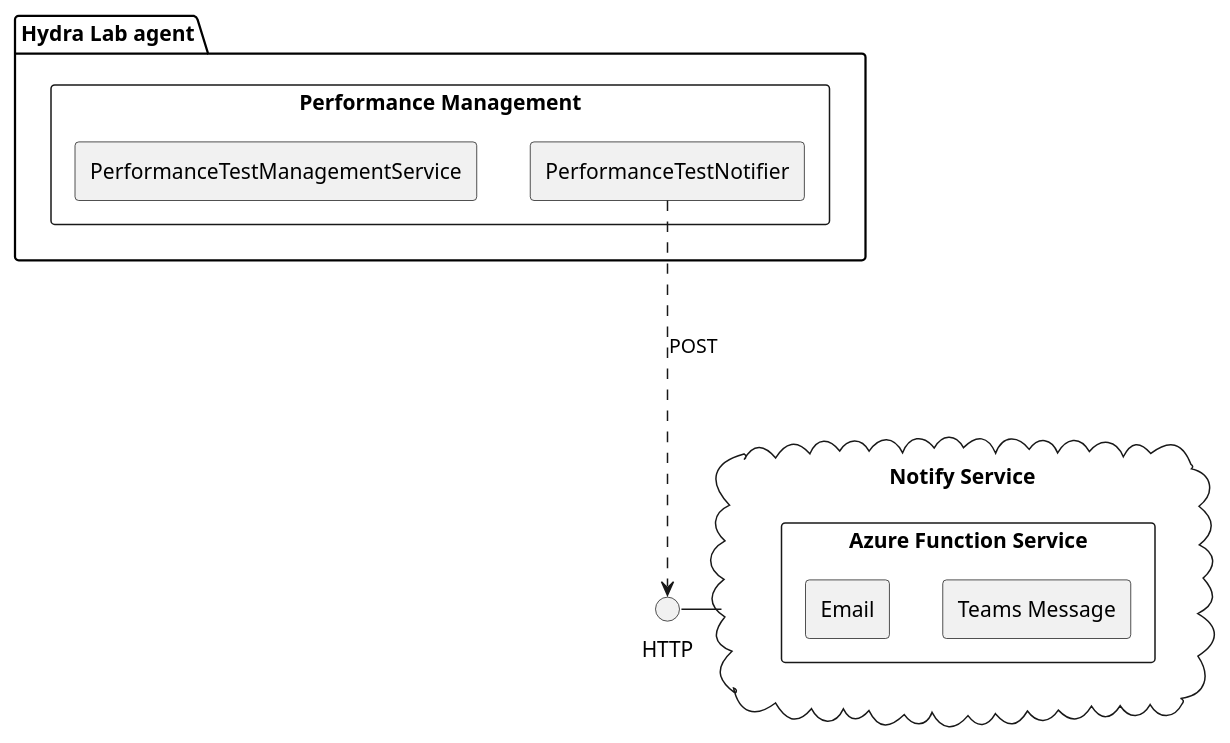
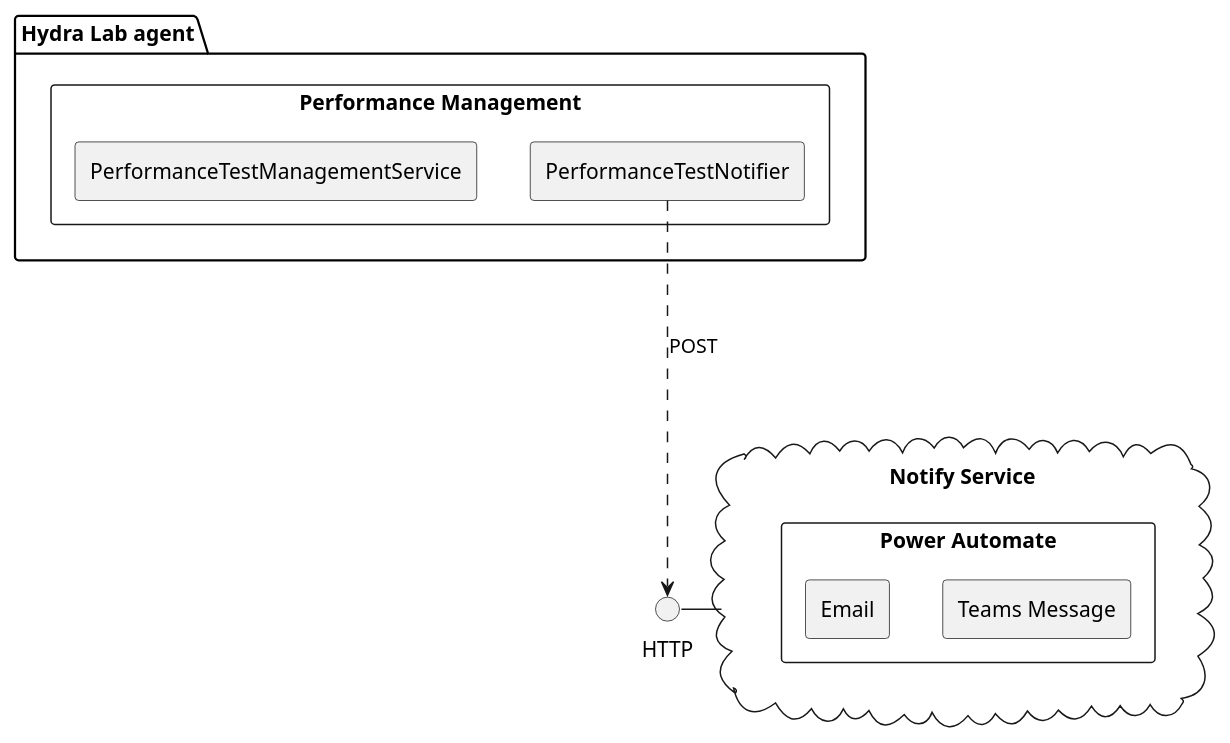
The seventh of 7 diagrams in agent/doc/UML/performance_test_design.puml (microsoft/HydraLab), drawn with PlantUML before and after one commit. The commit also changed 1 other file, not shown here.

Commit message:
Update notify service

```diff
--- a/agent/doc/UML/performance_test_design.puml
+++ b/agent/doc/UML/performance_test_design.puml
@@ -188,20 +188,20 @@
 @startuml performance_test_notify_component
 skinparam componentStyle rectangle
 package "Hydra Lab agent" {
     component "Performance Management" {
         [PerformanceTestNotifier]
         [PerformanceTestManagementService]
     }
 }
 
 cloud "Notify Service" as Notify {
-    component "Azure Function Service" as Azure {
+    component "Power Automate" as Azure {
         [Teams Message]
         [Email]
     }
 }
 
 [PerformanceTestNotifier] ...>() HTTP : POST
 Notify -l- HTTP
 
 @enduml
```
